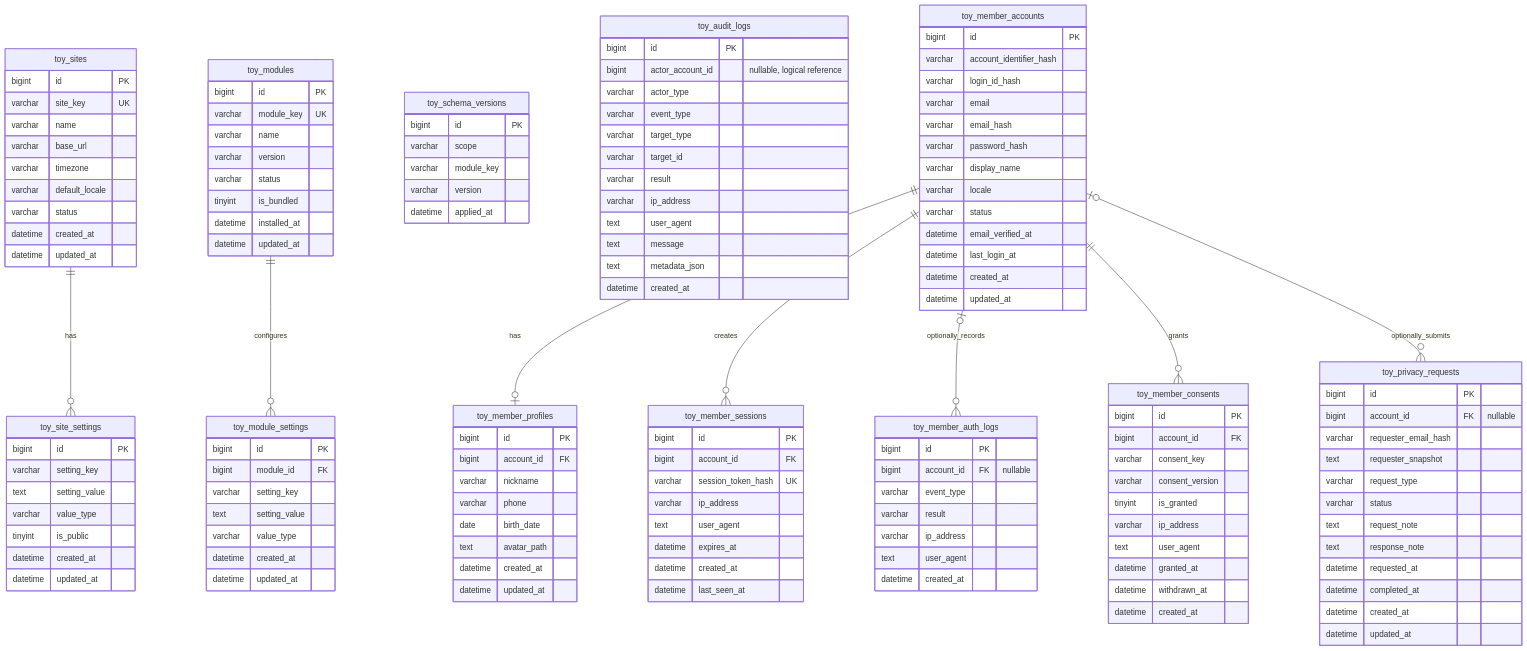
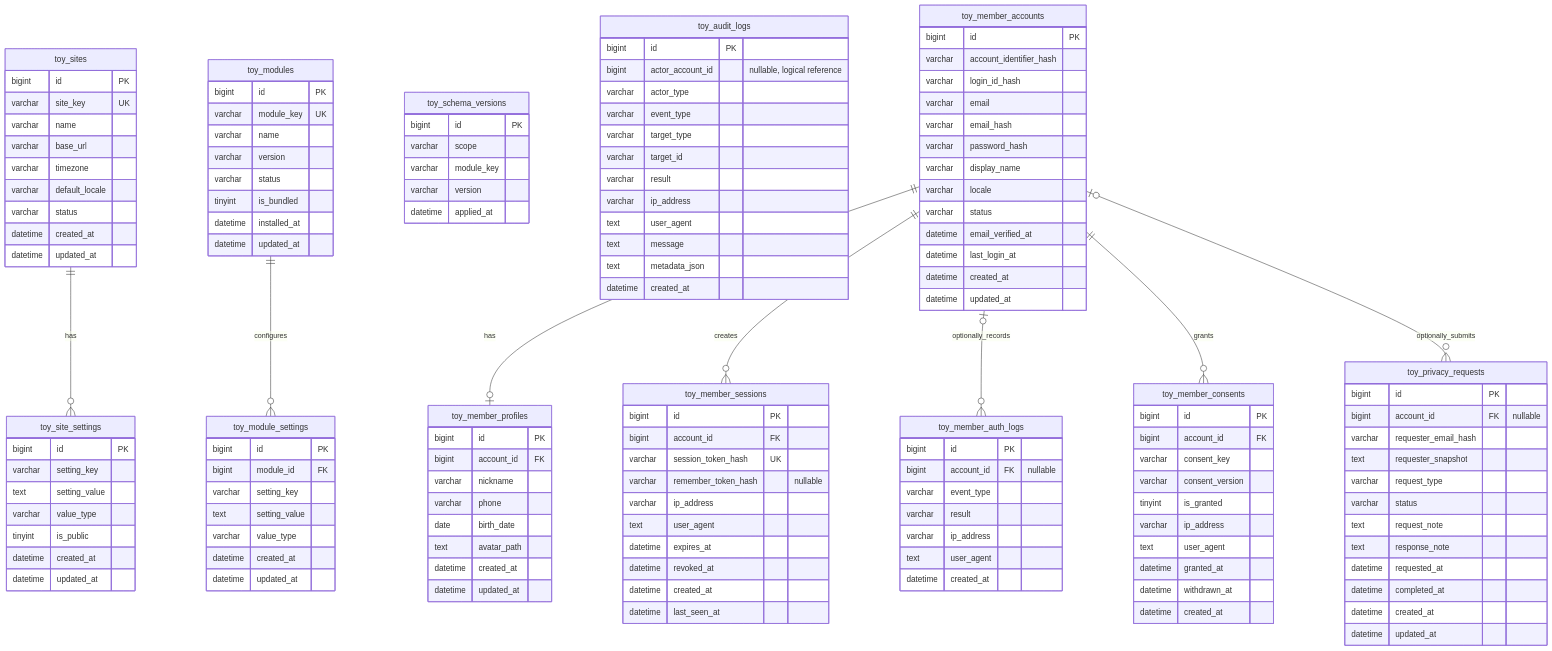
Before and after one commit to whitedot/toycore: the diagram in docs/erd-basic-environment.md, drawn with Mermaid. The commit also changed other lines of this file and 5 other files, not shown here.

```diff
--- a/docs/erd-basic-environment.md
+++ b/docs/erd-basic-environment.md
@@ -119,9 +119,11 @@
         bigint id PK
         bigint account_id FK
         varchar session_token_hash UK
+        varchar remember_token_hash "nullable"
         varchar ip_address
         text user_agent
         datetime expires_at
+        datetime revoked_at
         datetime created_at
         datetime last_seen_at
     }
```
